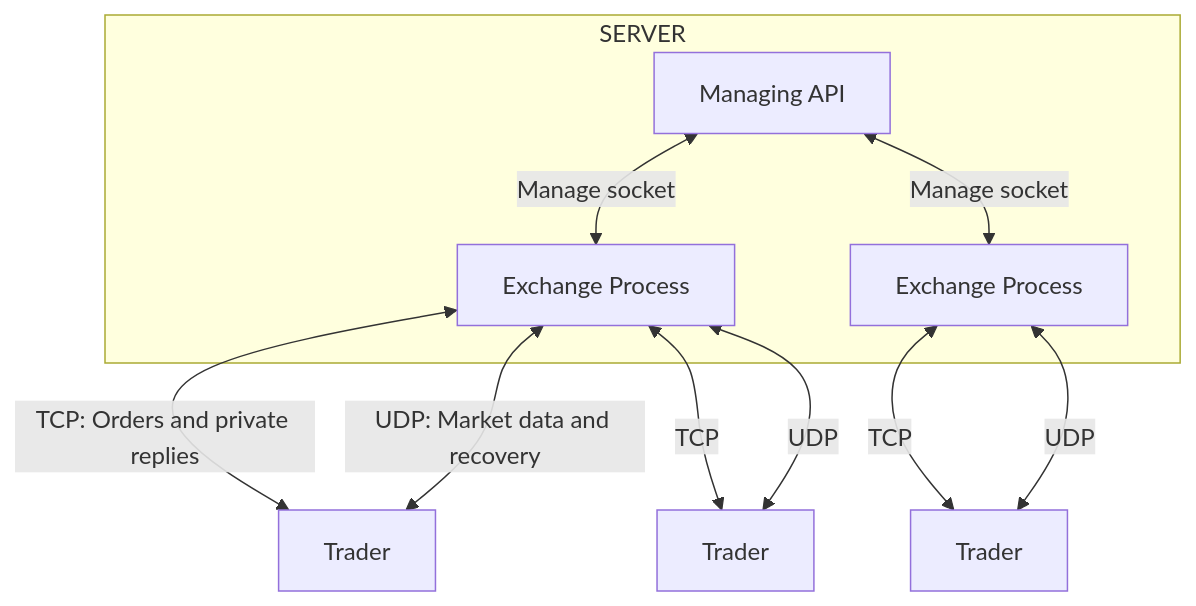
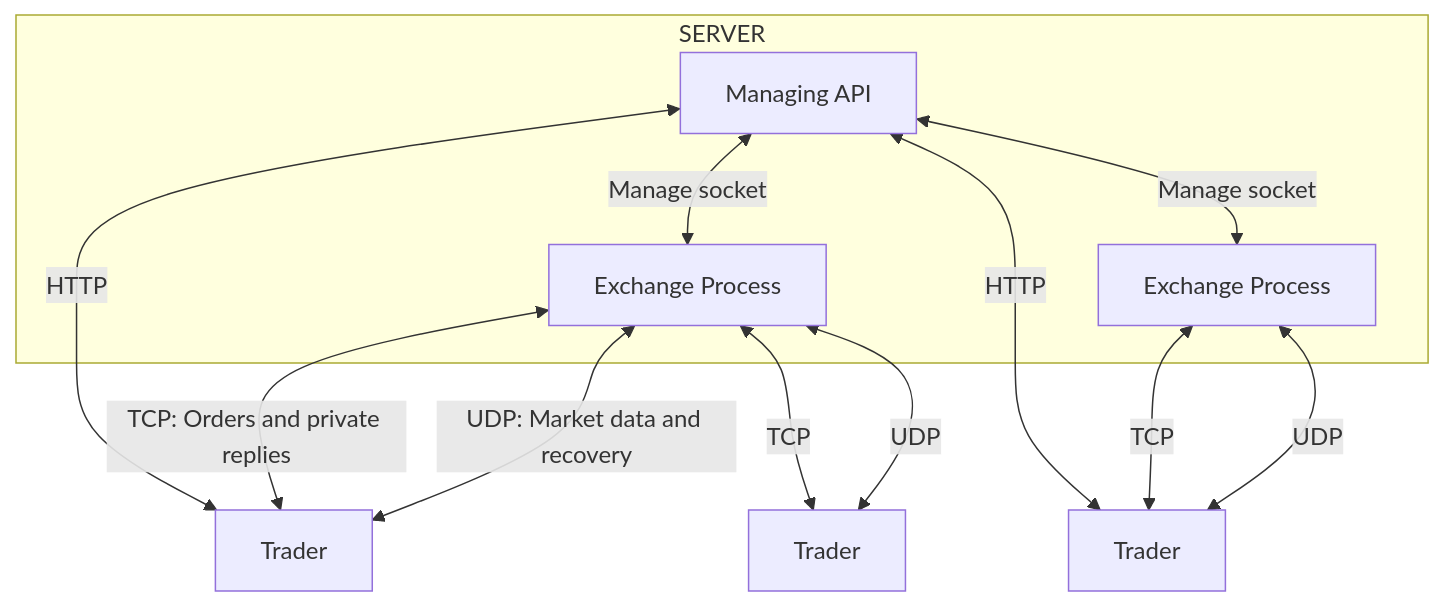
Before and after one commit to JediNakDev/exchange-sim: the diagram in README.md, drawn with Mermaid. The commit also changed 1 other file, not shown here.

Commit message:
docs: edit architecture diagram

````diff
--- a/README.md
+++ b/README.md
@@ -5,14 +5,15 @@
 ```mermaid
 flowchart TD
   subgraph SERVER
     API[Managing API] <-->|"Manage socket"| EX1[Exchange Process]
     API <-->|"Manage socket"| EX2[Exchange Process]
   end
-
-  EX1 <-->|"TCP: Orders and private replies"| TD1[Trader]
-  EX1 <-->|"UDP: Market data and recovery"| TD1[Trader]
+  API <-->|"HTTP"| TD1[Trader]
+  EX1 <-->|"TCP: Orders and private replies"| TD1
+  EX1 <-->|"UDP: Market data and recovery"| TD1
   EX1 <-->|"TCP"| TD2[Trader]
-  EX1 <-->|"UDP"| TD2[Trader]
-  EX2 <-->|"TCP"| TD3[Trader]
-  EX2 <-->|"UDP"| TD3[Trader]
+  EX1 <-->|"UDP"| TD2
+  API <-->|"HTTP"| TD3[Trader]
+  EX2 <-->|"TCP"| TD3
+  EX2 <-->|"UDP"| TD3
 ```
````
